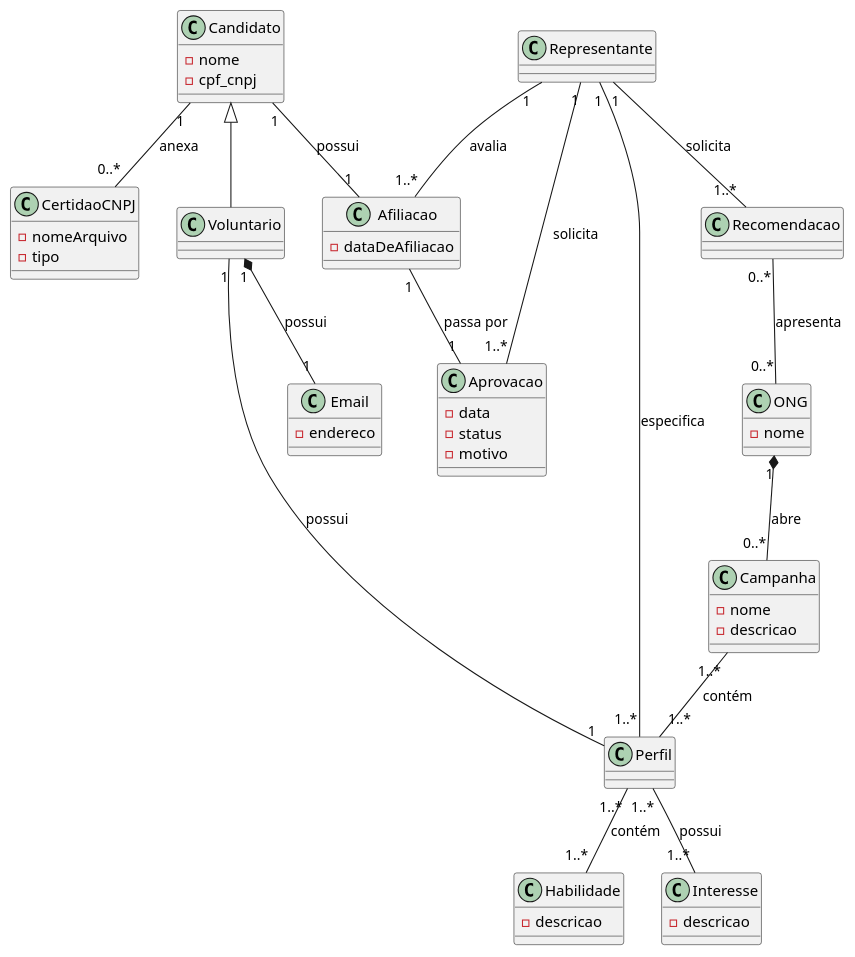
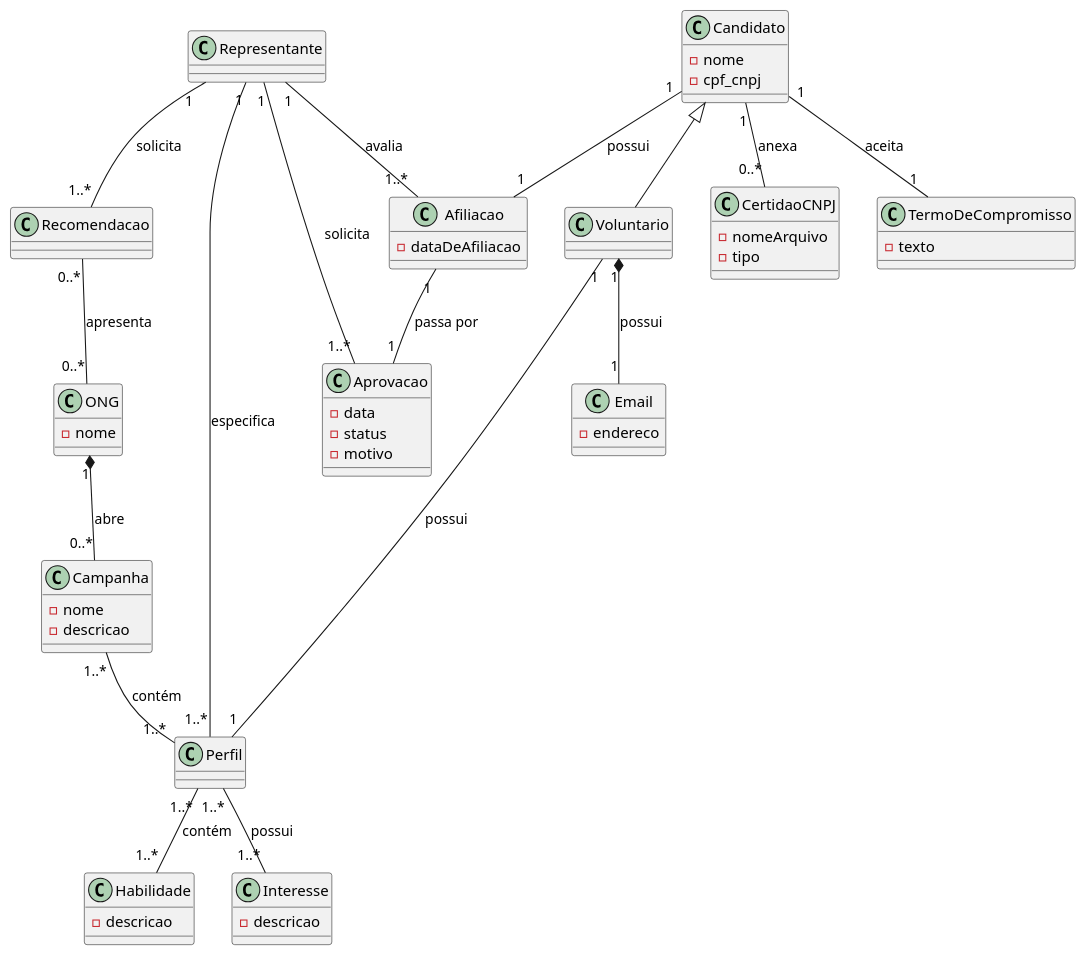
Before and after one commit to guisgiacomini/redeMaisSocialProjetoSoftware: the diagram in diagrama-de-classes-dominio/img/uc/diagrama-de-classes-dominio.puml, drawn with PlantUML.

Commit message:
class termo de compromisso

```diff
--- a/diagrama-de-classes-dominio/img/uc/diagrama-de-classes-dominio.puml
+++ b/diagrama-de-classes-dominio/img/uc/diagrama-de-classes-dominio.puml
@@ -1,80 +1,85 @@
 @startuml
 class Candidato {
     -nome
     -cpf_cnpj
 }
 
 class ONG { 
     -nome
 }
 
 class Voluntario extends Candidato {
 
 }
 
 class Campanha {
     -nome
     -descricao
 }
 
 class Afiliacao {
     -dataDeAfiliacao
 }
 
 class Perfil {
 
 }
 
 class Habilidade {
     -descricao
 }
 
 class Interesse {
     -descricao
 }
 
 class Representante {
     
 }
 
 class Email {
     -endereco
 }
 
 class Recomendacao {
 
 }
 
 class Aprovacao {
     -data
     -status
     -motivo
 }
 
 class CertidaoCNPJ {
     -nomeArquivo
     -tipo
 }
 
+class TermoDeCompromisso {
+    -texto
+}
+
 Perfil "1..*" -- "1..*" Habilidade: contém
 Perfil "1..*" -- "1..*" Interesse: possui
 
 Candidato "1" -- "1" Afiliacao: possui
 Candidato "1" -- "0..*" CertidaoCNPJ: anexa
+Candidato "1" -- "1" TermoDeCompromisso: aceita
 
 Voluntario "1" -- "1" Perfil: possui
 Voluntario "1" *-- "1" Email: possui
 
 ONG "1" *-- "0..*" Campanha: abre
 Campanha "1..*" -- "1..*" Perfil: contém
 
 Representante "1" -- "1..*" Afiliacao: avalia
 Representante "1" -- "1..*" Aprovacao: solicita
 Representante "1" -- "1..*" Perfil: especifica
 Representante "1" -- "1..*" Recomendacao: solicita
 
 Recomendacao "0..*" -- "0..*" ONG: apresenta
 
 Afiliacao "1" -- "1" Aprovacao : "passa por"
 
 @enduml
```
